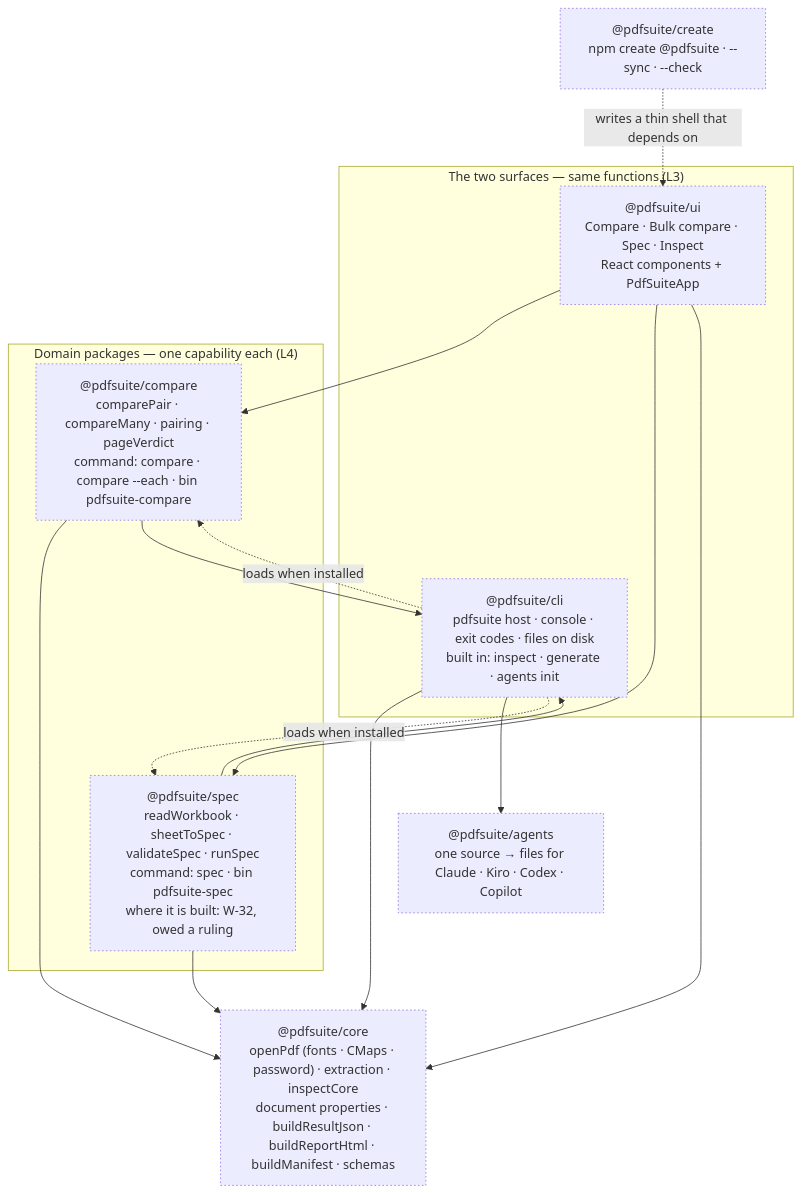
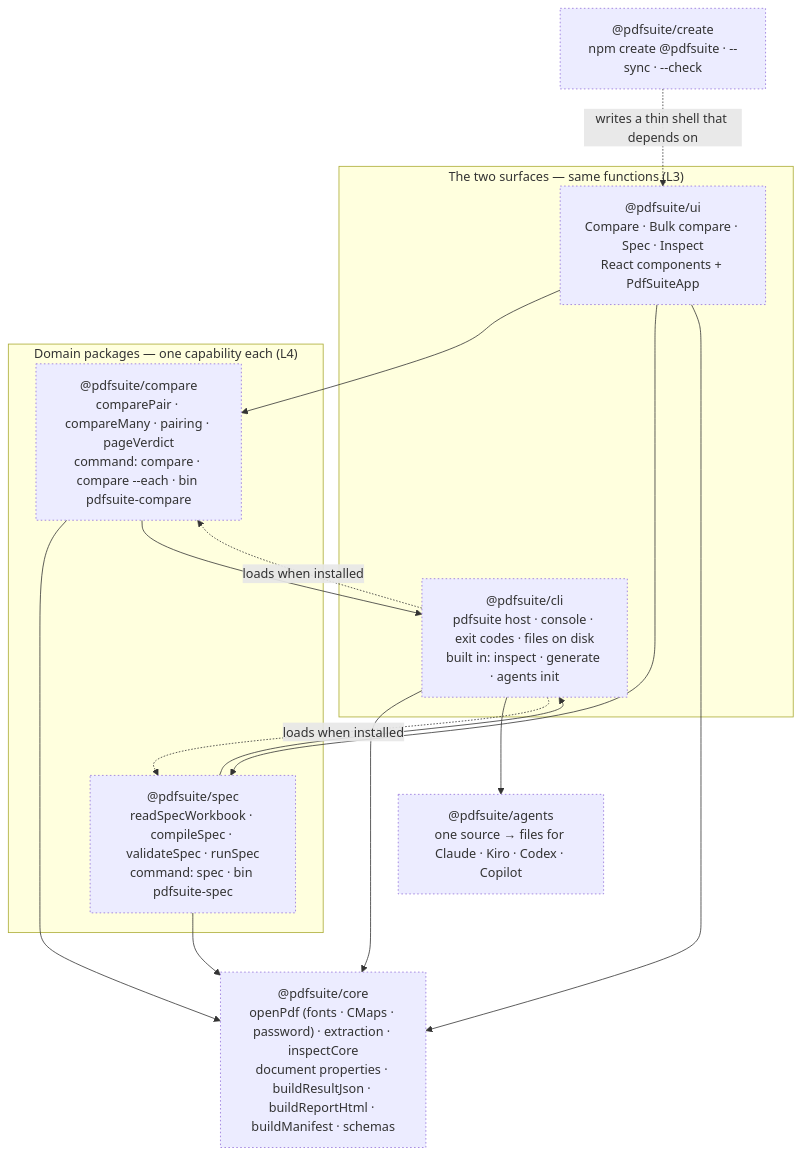
Diagram 19 of 26 in docs/ARCHITECTURE.md (sid4861/pdf-testing-suite), drawn with Mermaid before and after one commit. The commit also changed other lines of this file and 345 other files, not shown here.

````diff
--- a/docs/ARCHITECTURE.md
+++ b/docs/ARCHITECTURE.md
@@ -695,22 +782,22 @@
 ```mermaid
 flowchart TB
   classDef plan stroke-dasharray: 2 3
   subgraph SURF["The two surfaces — same functions (L3)"]
     UI["@pdfsuite/ui<br/>Compare · Bulk compare · Spec · Inspect<br/>React components + PdfSuiteApp"]
     CLI["@pdfsuite/cli<br/>pdfsuite host · console · exit codes · files on disk<br/>built in: inspect · generate · agents init"]
   end
   subgraph DOM["Domain packages — one capability each (L4)"]
     CMP["@pdfsuite/compare<br/>comparePair · compareMany · pairing · pageVerdict<br/>command: compare · compare --each · bin pdfsuite-compare"]
-    SPC["@pdfsuite/spec<br/>readWorkbook · sheetToSpec · validateSpec · runSpec<br/>command: spec · bin pdfsuite-spec<br/>where it is built: W-32, owed a ruling"]
+    SPC["@pdfsuite/spec<br/>readSpecWorkbook · compileSpec · validateSpec · runSpec<br/>command: spec · bin pdfsuite-spec"]
   end
   CORE["@pdfsuite/core<br/>openPdf (fonts · CMaps · password) · extraction · inspectCore<br/>document properties · buildResultJson · buildReportHtml · buildManifest · schemas"]
   AG["@pdfsuite/agents<br/>one source → files for Claude · Kiro · Codex · Copilot"]
   CR["@pdfsuite/create<br/>npm create @pdfsuite · --sync · --check"]
   UI --> CMP & SPC & CORE
   CLI --> CORE & AG
   CLI -. "loads when installed" .-> CMP & SPC
   CMP --> CORE & CLI
   SPC --> CORE & CLI
   CR -. "writes a thin shell that depends on" .-> UI
   class UI,CLI,CMP,SPC,CORE,AG,CR plan
 ```
````
